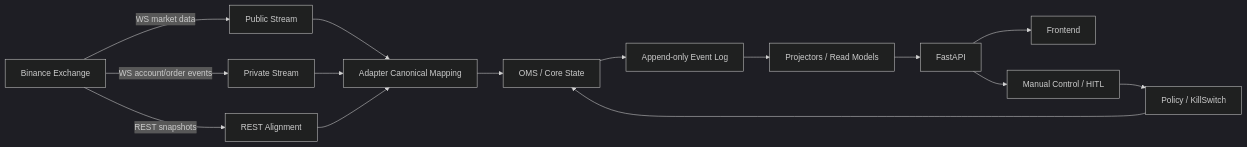
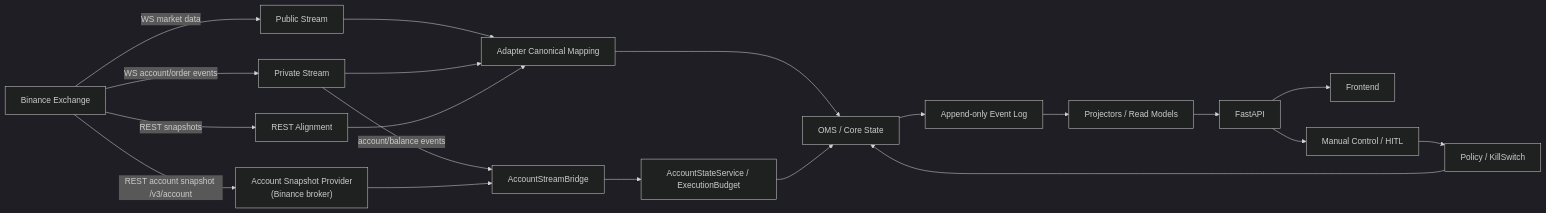
Before and after one commit to xiaomiaoalex/quant_trading_system: the second of 14 diagrams in docs/PROJECT_ARCHITECTURE.md, drawn with Mermaid (dark theme). The commit also changed other lines of this file and 4 other files, not shown here.

````diff
--- a/docs/PROJECT_ARCHITECTURE.md
+++ b/docs/PROJECT_ARCHITECTURE.md
@@ -130,20 +143,25 @@
 ```mermaid
 flowchart LR
     Exchange["Binance Exchange"] -->|WS market data| Public["Public Stream"]
     Exchange -->|WS account/order events| Private["Private Stream"]
     Exchange -->|REST snapshots| Rest["REST Alignment"]
+    Exchange -->|REST account snapshot /v3/account| AccountProvider["Account Snapshot Provider\n(Binance broker)"]
 
     Public --> AdapterMap["Adapter Canonical Mapping"]
     Private --> AdapterMap
     Rest --> AdapterMap
+    Private -->|account/balance events| AccountBridge["AccountStreamBridge"]
+    AccountProvider --> AccountBridge
+    AccountBridge --> AccountState["AccountStateService / ExecutionBudget"]
 
     AdapterMap --> OMS["OMS / Core State"]
+    AccountState --> OMS
     OMS --> EventLog["Append-only Event Log"]
     EventLog --> Projectors["Projectors / Read Models"]
     Projectors --> API["FastAPI"]
     API --> Frontend["Frontend"]
 
     API --> ControlOps["Manual Control / HITL"]
     ControlOps --> Policy["Policy / KillSwitch"]
     Policy --> OMS
 ```
````
